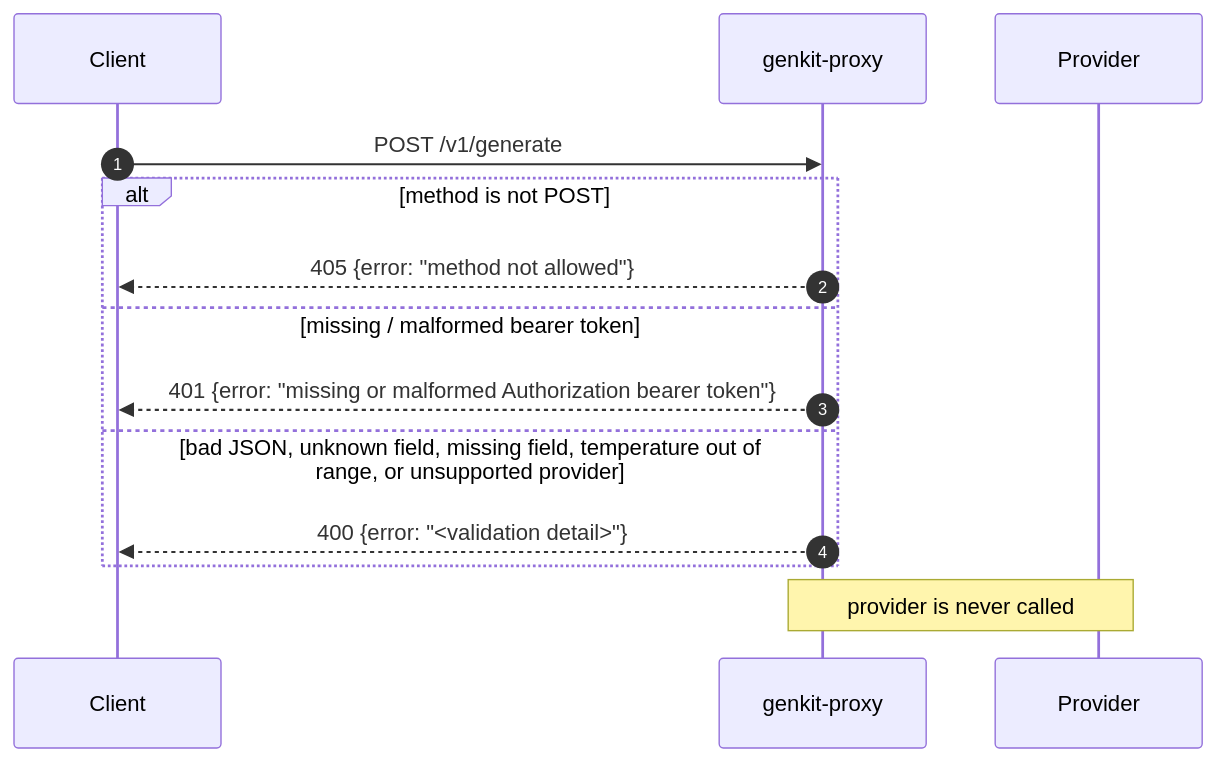
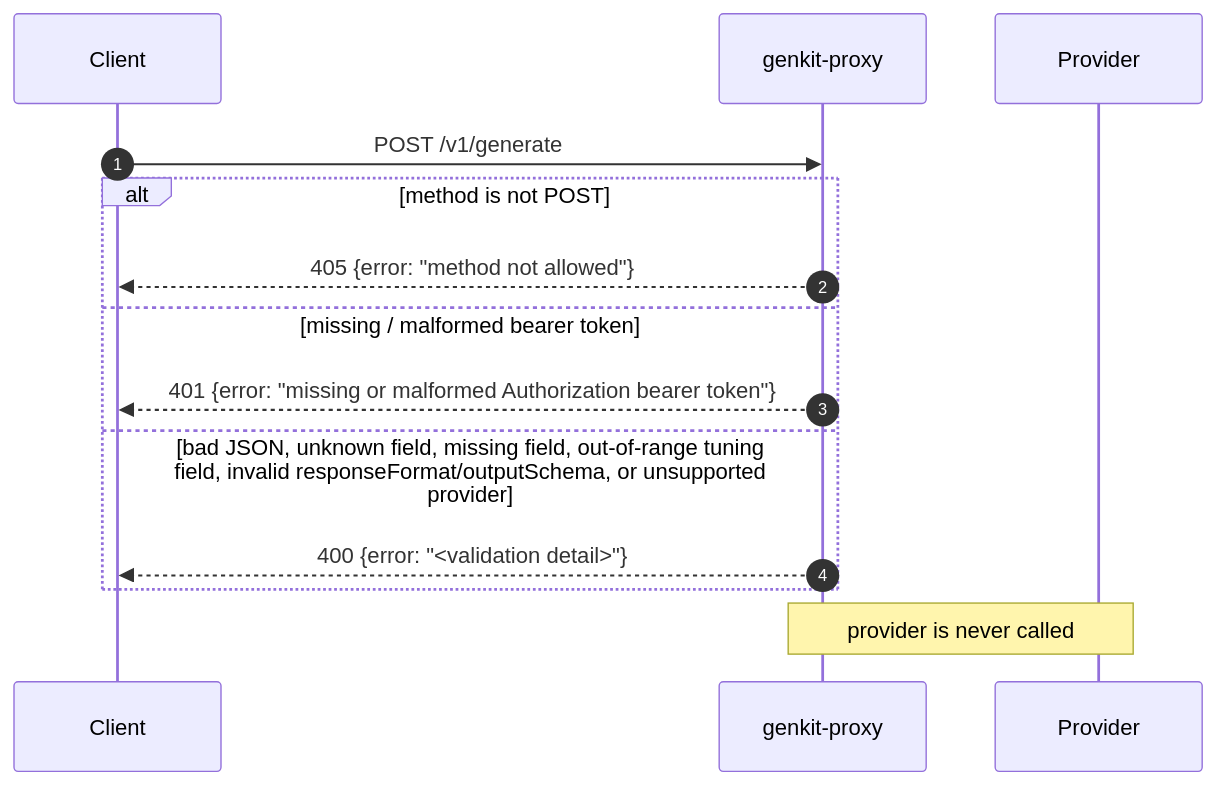
One commit to nicolapasqua99/genkit-proxy changed the second of 7 diagrams in docs/api.md. Above: the diagram before and after it, drawn with Mermaid. The commit also changed other lines of this file and 6 other files, not shown here.

````diff
--- a/docs/api.md
+++ b/docs/api.md
@@ -118,17 +140,17 @@
 ```mermaid
 sequenceDiagram
     autonumber
     participant C as Client
     participant X as genkit-proxy
     participant P as Provider
 
     C->>X: POST /v1/generate
     alt method is not POST
         X-->>C: 405 {error: "method not allowed"}
     else missing / malformed bearer token
         X-->>C: 401 {error: "missing or malformed Authorization bearer token"}
-    else bad JSON, unknown field, missing field, temperature out of range, or unsupported provider
+    else bad JSON, unknown field, missing field, out-of-range tuning field, invalid responseFormat/outputSchema, or unsupported provider
         X-->>C: 400 {error: "<validation detail>"}
     end
     Note over X,P: provider is never called
 ```
````
